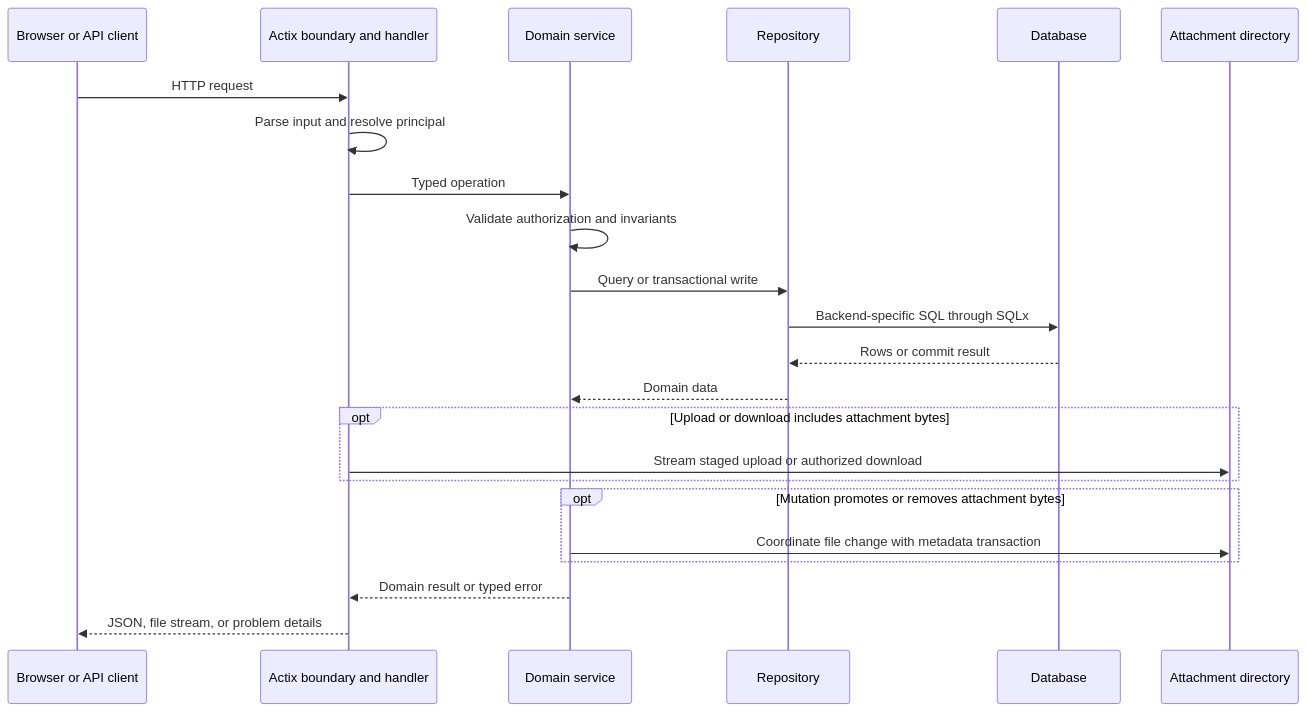
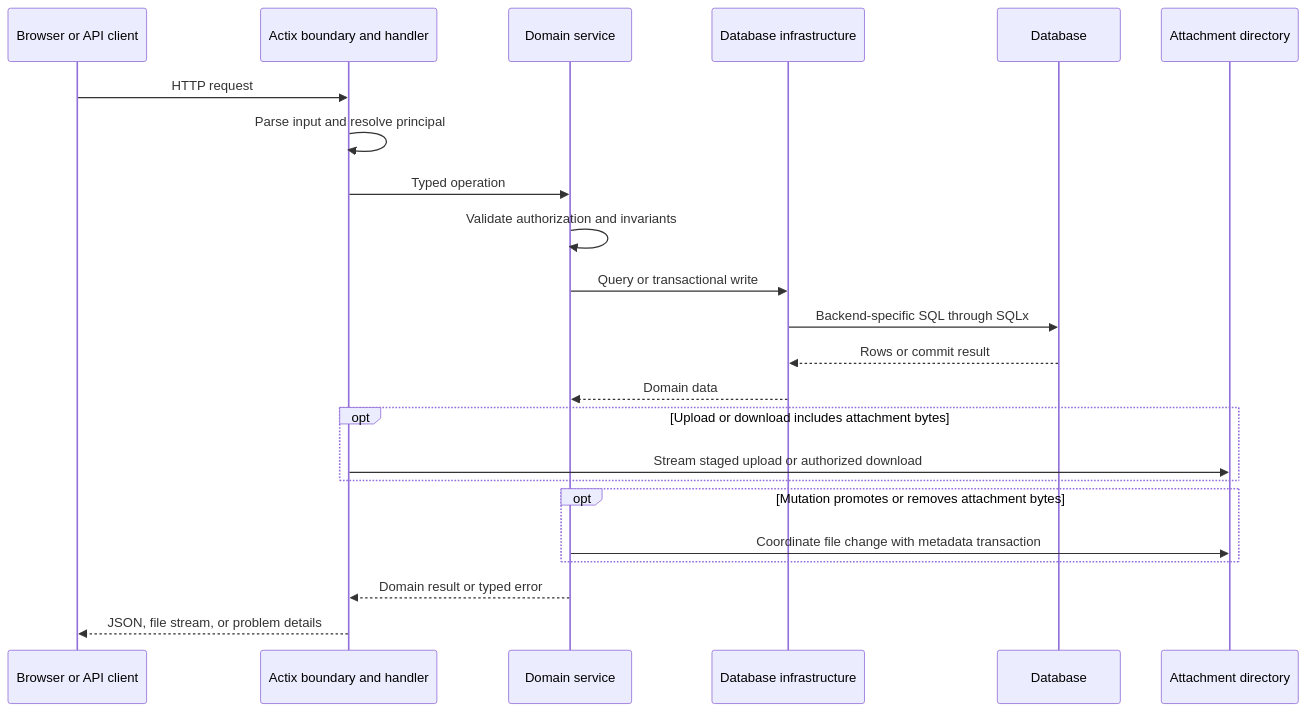
One commit to ostrich/racebin changed the second of 2 diagrams in docs/architecture.md. Above: the diagram before and after it, drawn with Mermaid. The commit also changed other lines of this file and 3 other files, not shown here.

Commit message:
Align route naming and architecture documentation

````diff
--- a/docs/architecture.md
+++ b/docs/architecture.md
@@ -73,26 +73,26 @@
 ```mermaid
 sequenceDiagram
     participant C as Browser or API client
     participant H as Actix boundary and handler
     participant S as Domain service
-    participant R as Repository
+    participant R as Database infrastructure
     participant D as Database
     participant F as Attachment directory
 
     C->>H: HTTP request
     H->>H: Parse input and resolve principal
     H->>S: Typed operation
     S->>S: Validate authorization and invariants
     S->>R: Query or transactional write
     R->>D: Backend-specific SQL through SQLx
     D-->>R: Rows or commit result
     R-->>S: Domain data
     opt Upload or download includes attachment bytes
         H->>F: Stream staged upload or authorized download
     end
     opt Mutation promotes or removes attachment bytes
         S->>F: Coordinate file change with metadata transaction
     end
     S-->>H: Domain result or typed error
     H-->>C: JSON, file stream, or problem details
 ```
````
